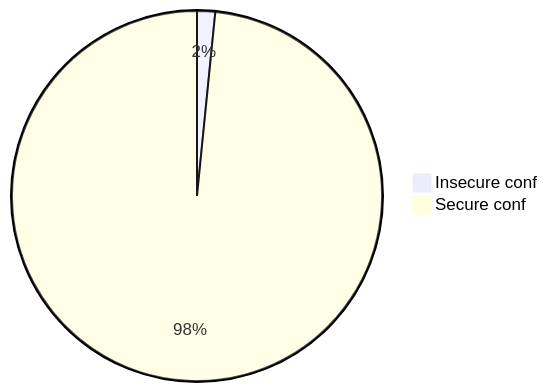
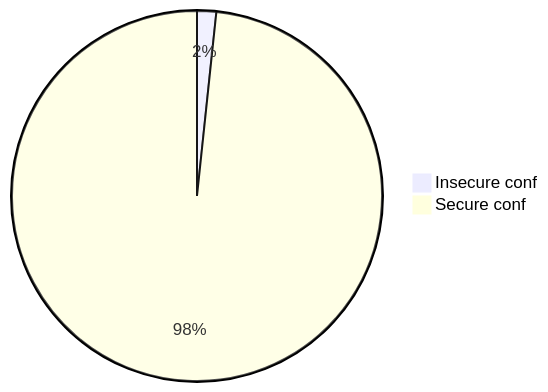
Diagram 17 of 18 in stats.md (oshp/oshp-stats), drawn with Mermaid before and after one commit. The commit also changed other lines of this file and 1 other file, not shown here.

````diff
--- a/stats.md
+++ b/stats.md
@@ -200,6 +200,6 @@
 ```mermaid
 pie
-	"Insecure conf" : 1.58
-	"Secure conf" : 98.42
+	"Insecure conf" : 1.67
+	"Secure conf" : 98.33
 
 ```
````
